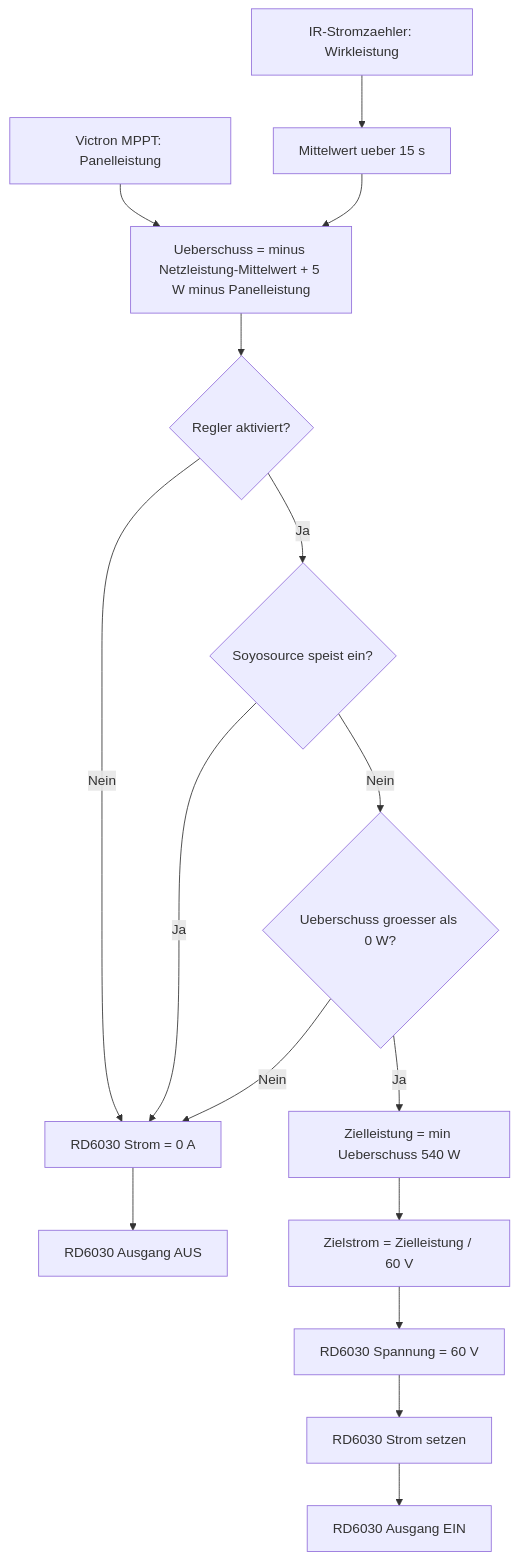
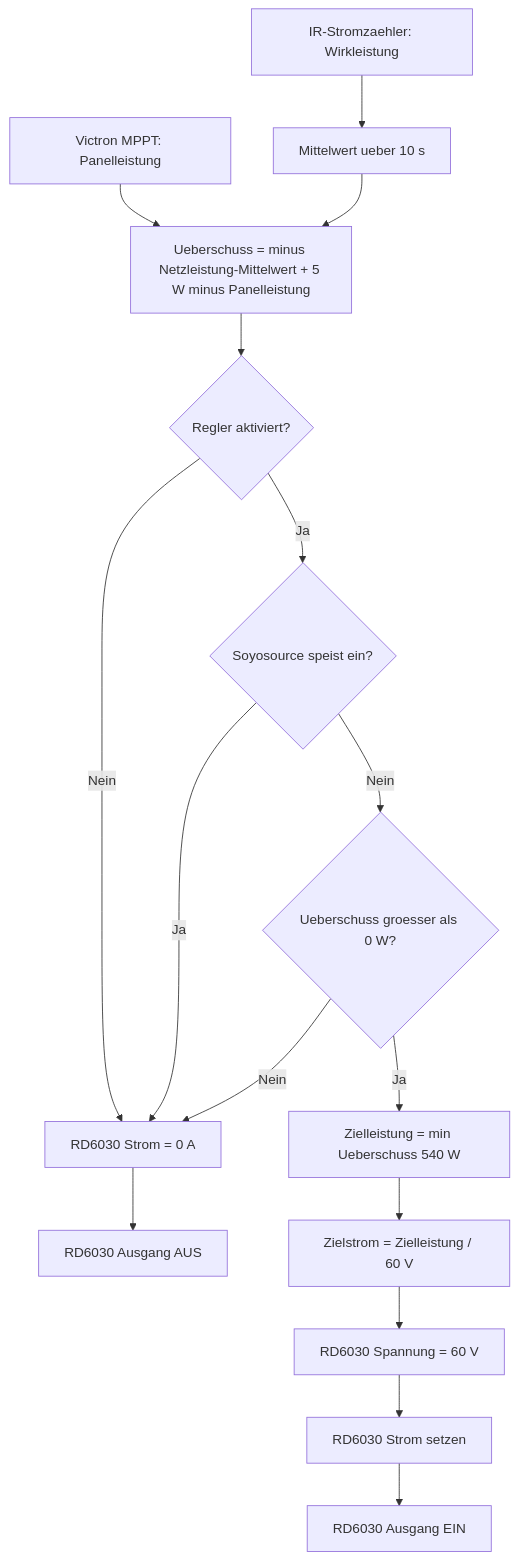
One commit to simonsilie/home-automation changed the diagram in homeassistant/README.md. Above: the diagram before and after it, drawn with Mermaid. The commit also changed 1 other file, not shown here.

Commit message:
fix: update time intervals for grid power averaging and automation triggers in RD6030 surplus charging configuration to 10 seconds

````diff
--- a/homeassistant/README.md
+++ b/homeassistant/README.md
@@ -19,21 +19,21 @@
 ```mermaid
 flowchart TD
-  A[IR-Stromzaehler: Wirkleistung] --> B[Mittelwert ueber 15 s]
+  A[IR-Stromzaehler: Wirkleistung] --> B[Mittelwert ueber 10 s]
   V[Victron MPPT: Panelleistung] --> C
   B --> C[Ueberschuss = minus Netzleistung-Mittelwert + 5 W minus Panelleistung]
   C --> D{Regler aktiviert?}
   D -- Nein --> E[RD6030 Strom = 0 A]
   E --> F[RD6030 Ausgang AUS]
 
   D -- Ja --> G{Soyosource speist ein?}
   G -- Ja --> E
 
   G -- Nein --> H{Ueberschuss groesser als 0 W?}
   H -- Nein --> E
 
   H -- Ja --> I[Zielleistung = min Ueberschuss 540 W]
   I --> J[Zielstrom = Zielleistung / 60 V]
   J --> K[RD6030 Spannung = 60 V]
   K --> L[RD6030 Strom setzen]
   L --> M[RD6030 Ausgang EIN]
 ```
````
